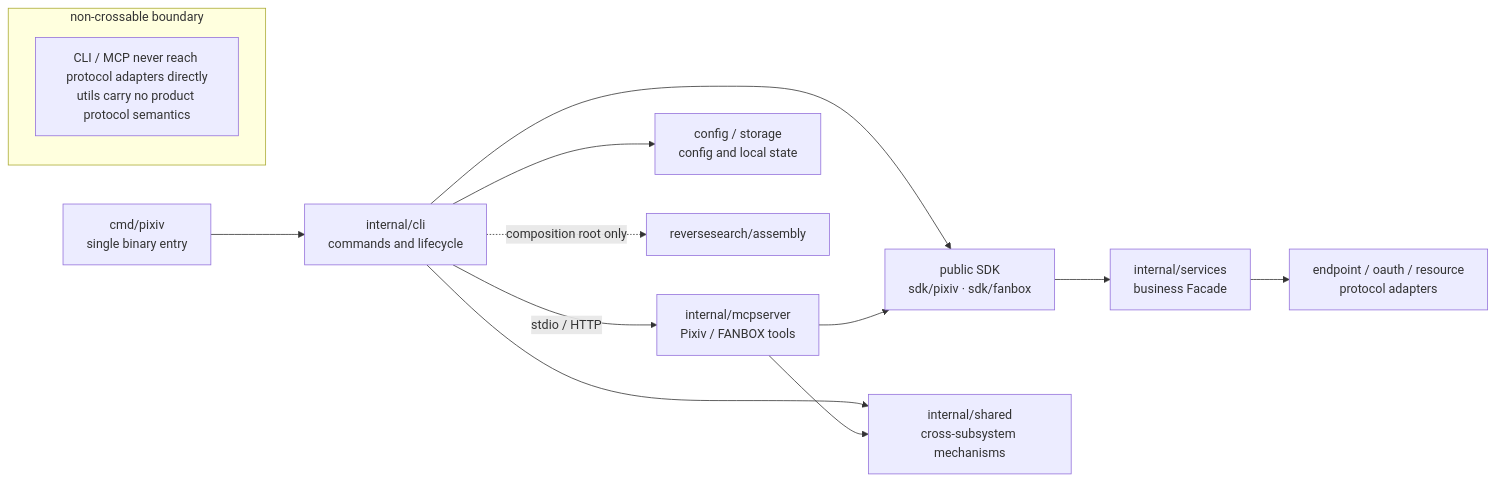
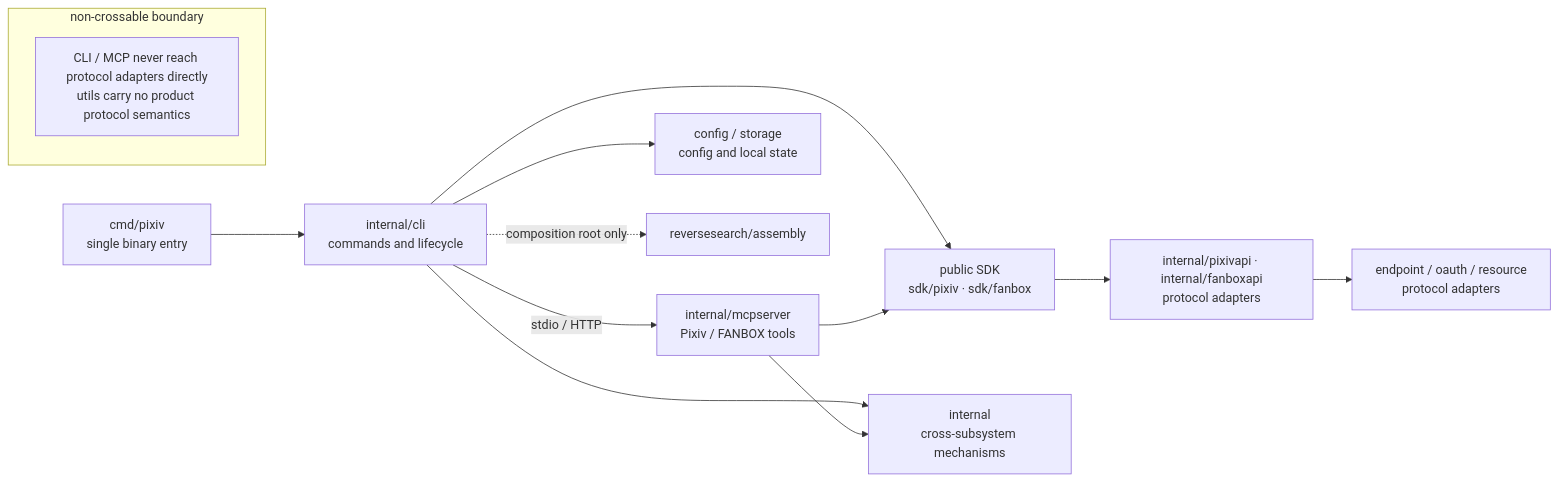
Before and after one commit to FlanChanXwO/pixiv-cli: the first of 5 diagrams in docs/en/maintainers/architecture.md, drawn with Mermaid. The commit also changed other lines of this file and 708 other files, not shown here.

````diff
--- a/docs/en/maintainers/architecture.md
+++ b/docs/en/maintainers/architecture.md
@@ -5,17 +5,17 @@
 ```mermaid
 flowchart LR
     ENTRY["cmd/pixiv<br/>single binary entry"] --> CLI["internal/cli<br/>commands and lifecycle"]
     CLI -->|"stdio / HTTP"| MCP["internal/mcpserver<br/>Pixiv / FANBOX tools"]
     CLI --> SDK["public SDK<br/>sdk/pixiv · sdk/fanbox"]
     MCP --> SDK
-    SDK --> FACADE["internal/services<br/>business Facade"]
+    SDK --> FACADE["internal/pixivapi · internal/fanboxapi<br/>protocol adapters"]
     FACADE --> ADAPTER["endpoint / oauth / resource<br/>protocol adapters"]
-    CLI --> SHARED["internal/shared<br/>cross-subsystem mechanisms"]
+    CLI --> SHARED["internal<br/>cross-subsystem mechanisms"]
     MCP --> SHARED
     CLI --> STATE["config / storage<br/>config and local state"]
     CLI -.->|"composition root only"| RSA["reversesearch/assembly"]
 
     subgraph boundary["non-crossable boundary"]
         RULE["CLI / MCP never reach protocol adapters directly<br/>utils carry no product protocol semantics"]
     end
 ```
````
